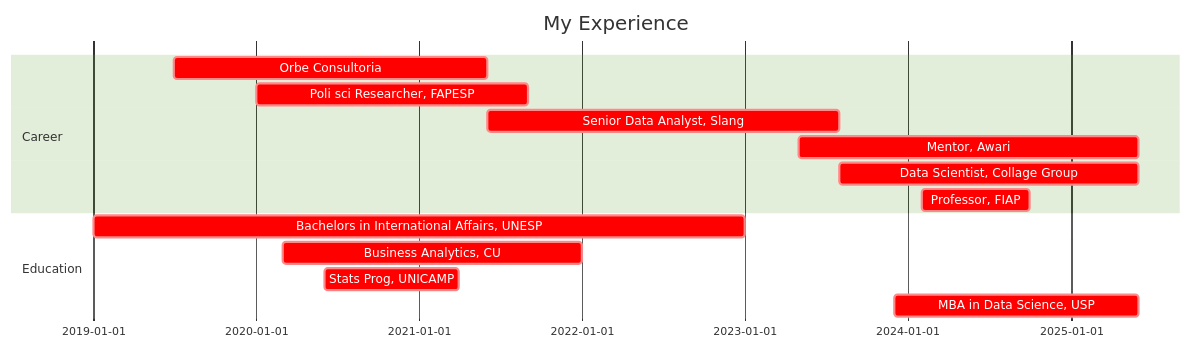
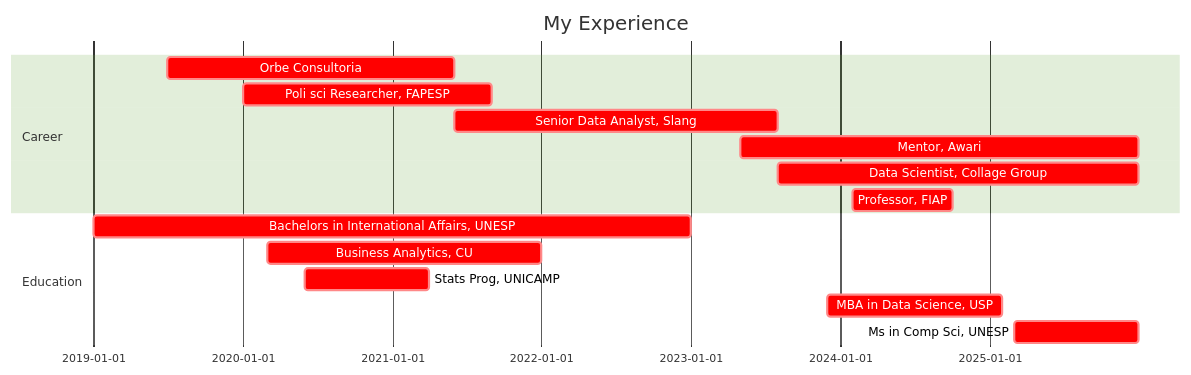
One commit to ViniciusARZ/ViniciusARZ changed the diagram in README.md. Above: the diagram before and after it, drawn with Mermaid (forest theme).

````diff
--- a/README.md
+++ b/README.md
@@ -9,21 +9,22 @@
 ```mermaid
 
 gantt
 dateFormat  YYYY-MM-DD
 title My Experience
 
 section Career
 Orbe Consultoria           :crit, 2019-07-01,2021-06-01
 Poli sci Researcher, FAPESP           :crit, 2020-01-01,2021-09-01
 Senior Data Analyst, Slang         :crit, 2021-06-01,2023-08-01
-Mentor, Awari       :crit, 2023-05-01,2025-06-01
-Data Scientist, Collage Group       :crit, 2023-08-01,2025-06-01
+Mentor, Awari       :crit, 2023-05-01,2025-12-31
+Data Scientist, Collage Group       :crit, 2023-08-01,2025-12-31
 Professor, FIAP :crit, 2024-02-01,2024-10-01
 
 section Education
 Bachelors in International Affairs, UNESP             :crit, 2019-01-01,2022-12-31
 Business Analytics, CU             :crit, 2020-03-01,2021-12-31
 Stats Prog, UNICAMP             :crit, 2020-06-01,2021-03-31
-MBA in Data Science, USP             :crit, 2023-12-01,2025-06-01
+MBA in Data Science, USP             :crit, 2023-12-01,2025-02-01
+Ms in Comp Sci, UNESP             :crit, 2025-03-01,2025-12-31
 
 ```
````
